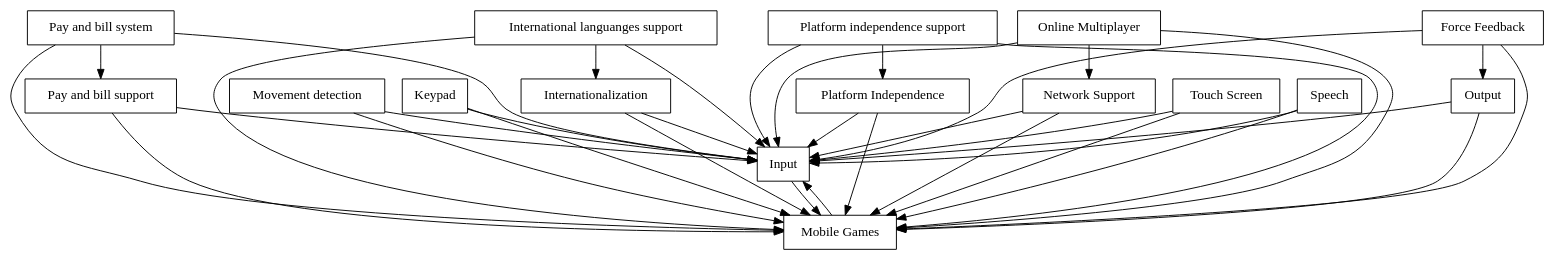
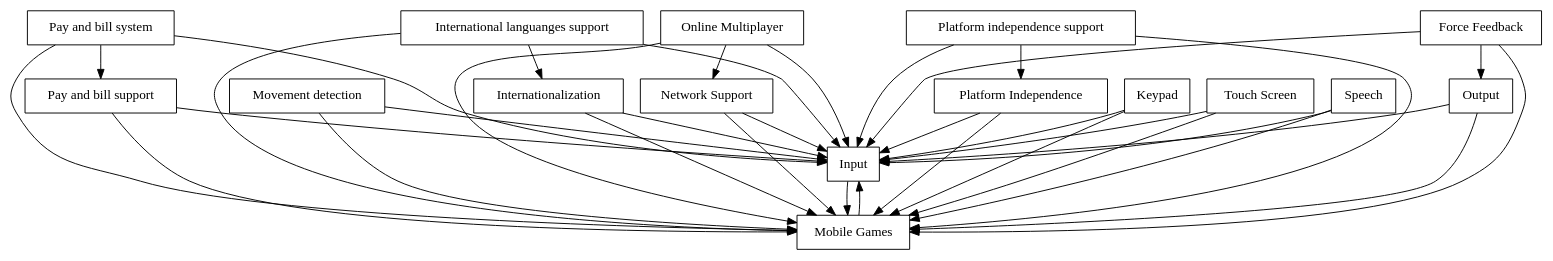
One commit to FAMILIAR-project/familiar-language changed the diagram in FAMILIAR/output/SPLOT-big/fm_15_model_20091210_241985787.xml.dot. Above: the diagram before and after it, drawn with Graphviz. The commit also changed 821 other files, not shown here.

```diff
--- a/FAMILIAR/output/SPLOT-big/fm_15_model_20091210_241985787.xml.dot
+++ b/FAMILIAR/output/SPLOT-big/fm_15_model_20091210_241985787.xml.dot
@@ -1,56 +1,56 @@
 digraph{
 graph [rankdir=TB];
 node [shape=box];
 edge [arrowhead=normal];
 0[label="Input",]
 1[label="Movement detection",]
-2[label="Platform Independence",]
-3[label="Mobile Games",]
+2[label="Mobile Games",]
+3[label="Platform Independence",]
 4[label="Pay and bill system",]
 5[label="Output",]
 6[label="Pay and bill support",]
 7[label="International languanges support",]
 8[label="Internationalization",]
-9[label="Keypad",]
-10[label="Online Multiplayer",]
-11[label="Network Support",]
+9[label="Network Support",]
+10[label="Keypad",]
+11[label="Online Multiplayer",]
 12[label="Platform independence support",]
 13[label="Touch Screen",]
 14[label="Speech",]
 15[label="Force Feedback",]
-0->3[label="",]
+0->2[label="",]
 1->0[label="",]
-1->3[label="",]
+1->2[label="",]
 2->0[label="",]
-2->3[label="",]
 3->0[label="",]
+3->2[label="",]
 4->0[label="",]
-4->3[label="",]
+4->2[label="",]
 4->6[label="",]
 5->0[label="",]
-5->3[label="",]
+5->2[label="",]
 6->0[label="",]
-6->3[label="",]
+6->2[label="",]
 7->0[label="",]
-7->3[label="",]
+7->2[label="",]
 7->8[label="",]
 8->0[label="",]
-8->3[label="",]
+8->2[label="",]
 9->0[label="",]
-9->3[label="",]
+9->2[label="",]
 10->0[label="",]
-10->3[label="",]
-10->11[label="",]
+10->2[label="",]
 11->0[label="",]
-11->3[label="",]
+11->2[label="",]
+11->9[label="",]
 12->0[label="",]
 12->2[label="",]
 12->3[label="",]
 13->0[label="",]
-13->3[label="",]
+13->2[label="",]
 14->0[label="",]
-14->3[label="",]
+14->2[label="",]
 15->0[label="",]
-15->3[label="",]
+15->2[label="",]
 15->5[label="",]
 }
```
